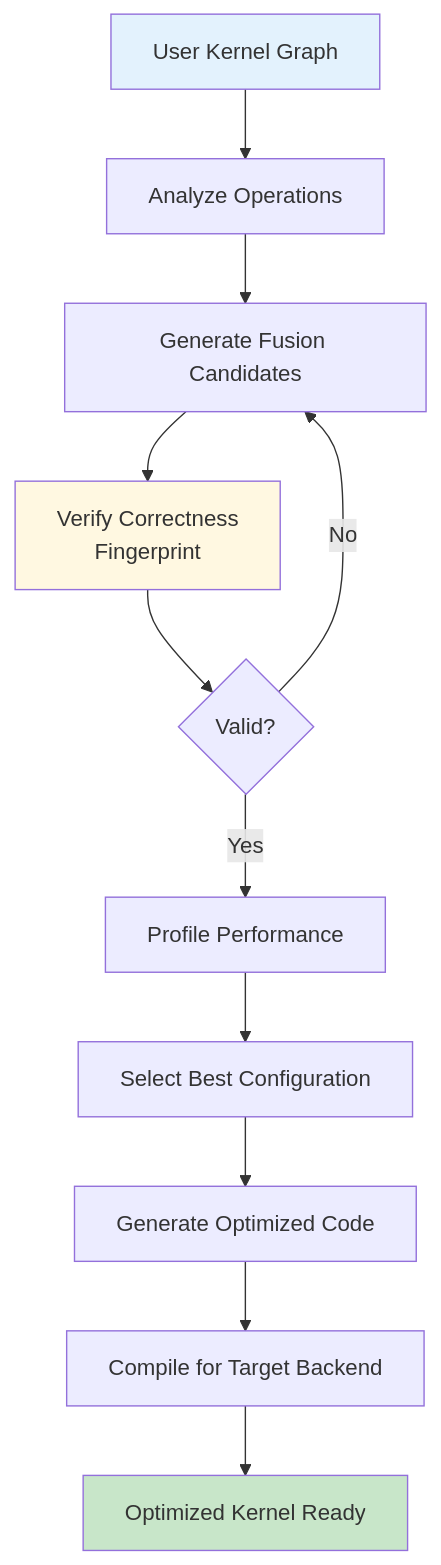
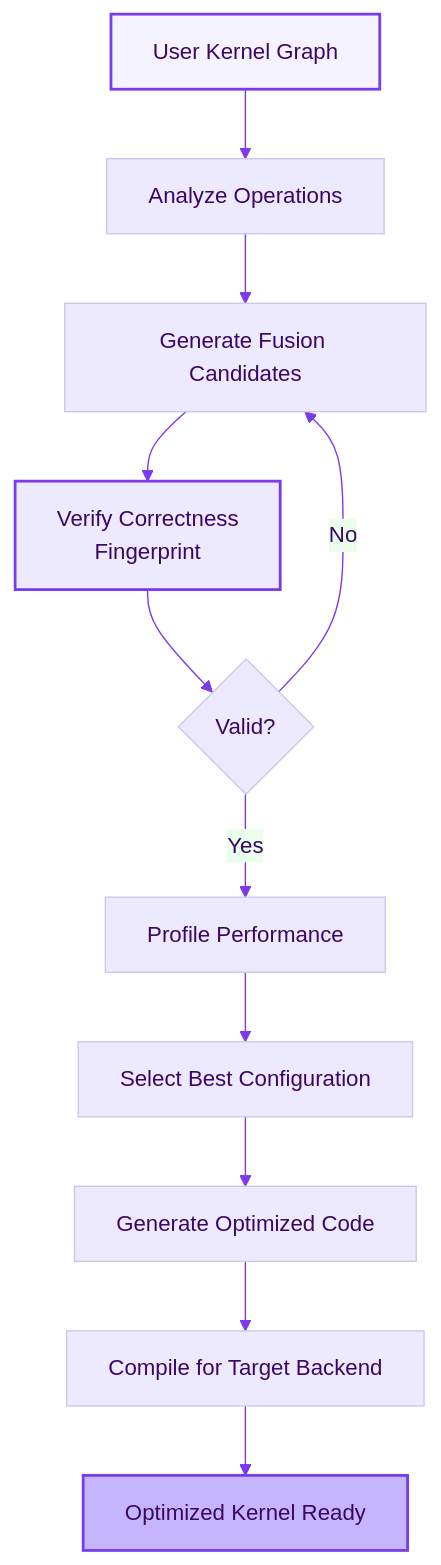
Before and after one commit to chenxingqiang/YiRage: diagram 13 of 13 in docs/architecture.md, drawn with Mermaid. The commit also changed other lines of this file and 9 other files, not shown here.

First line of the commit message:
style: unify Mermaid diagrams to minimal purple theme

````diff
--- a/docs/architecture.md
+++ b/docs/architecture.md
@@ -404,17 +427,18 @@
 ```mermaid
+%%{init: {'theme': 'base', 'themeVariables': { 'primaryColor': '#ede9fe', 'primaryTextColor': '#3b0764', 'lineColor': '#7c3aed'}}}%%
 flowchart TD
     A[User Kernel Graph] --> B[Analyze Operations]
     B --> C[Generate Fusion Candidates]
     C --> D[Verify Correctness<br/>Fingerprint]
     D --> E{Valid?}
     E -->|No| C
     E -->|Yes| F[Profile Performance]
     F --> G[Select Best Configuration]
     G --> H[Generate Optimized Code]
     H --> I[Compile for Target Backend]
     I --> J[Optimized Kernel Ready]
 
-    style A fill:#e3f2fd
-    style D fill:#fff8e1
-    style J fill:#c8e6c9
+    style A fill:#f5f3ff,stroke:#7c3aed,stroke-width:2px
+    style D fill:#ede9fe,stroke:#7c3aed,stroke-width:2px
+    style J fill:#c4b5fd,stroke:#7c3aed,stroke-width:2px
 ```
````
